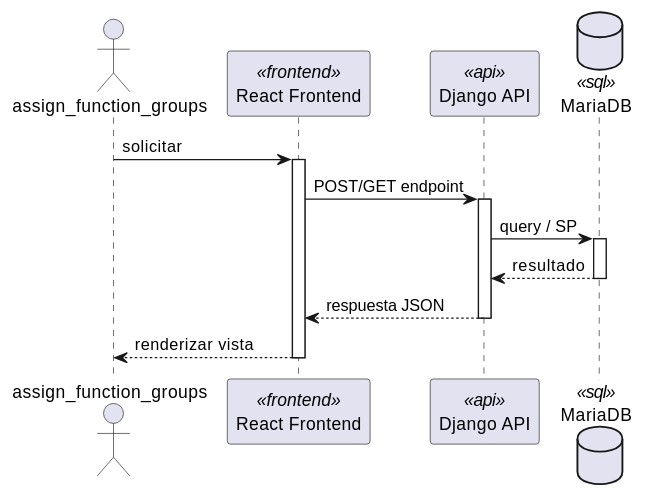
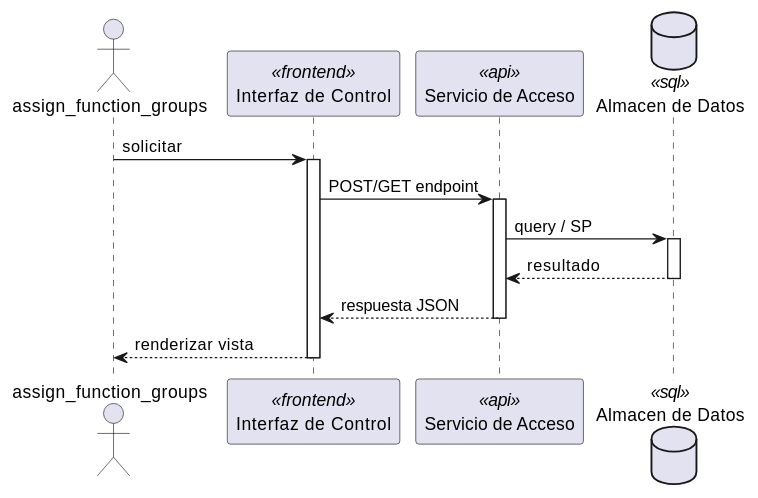
One commit to jcg-admin/IACT-docs changed the first of 2 diagrams in source/arquitectura-tecnica/DesignView/acc-04.rst. Above: the diagram before and after it, drawn with PlantUML. The commit also changed other lines of this file and 243 other files, not shown here.

First line of the commit message:
Add missing diagrams and fix participant names across Kruchten views

```diff
--- a/source/arquitectura-tecnica/DesignView/acc-04.rst
+++ b/source/arquitectura-tecnica/DesignView/acc-04.rst
@@ -22,28 +22,28 @@
 .. uml::
  :caption: UC_ACC_04 — Design View (secuencia)
 
  @startuml
 
  actor "assign_function_groups" as assign_function_groups
- participant "React Frontend" as Frontend <<frontend>>
- participant "Django API" as APIServer <<api>>
- database "MariaDB" as BaseDatos <<sql>>
+ participant "Interfaz de Control" as Iface <<frontend>>
+ participant "Servicio de Acceso" as SvcNode <<api>>
+ database "Almacen de Datos" as Store <<sql>>
 
- assign_function_groups -> Frontend : solicitar
- activate Frontend
+ assign_function_groups -> Iface : solicitar
+ activate Iface
 
- Frontend -> APIServer : POST/GET endpoint
- activate APIServer
+ Iface -> SvcNode : POST/GET endpoint
+ activate SvcNode
 
- APIServer -> BaseDatos : query / SP
- activate BaseDatos
- BaseDatos --> APIServer : resultado
- deactivate BaseDatos
+ SvcNode -> Store : query / SP
+ activate Store
+ Store --> SvcNode : resultado
+ deactivate Store
 
- APIServer --> Frontend : respuesta JSON
- deactivate APIServer
+ SvcNode --> Iface : respuesta JSON
+ deactivate SvcNode
 
- Frontend --> assign_function_groups : renderizar vista
- deactivate Frontend
+ Iface --> assign_function_groups : renderizar vista
+ deactivate Iface
 
  @enduml
```
